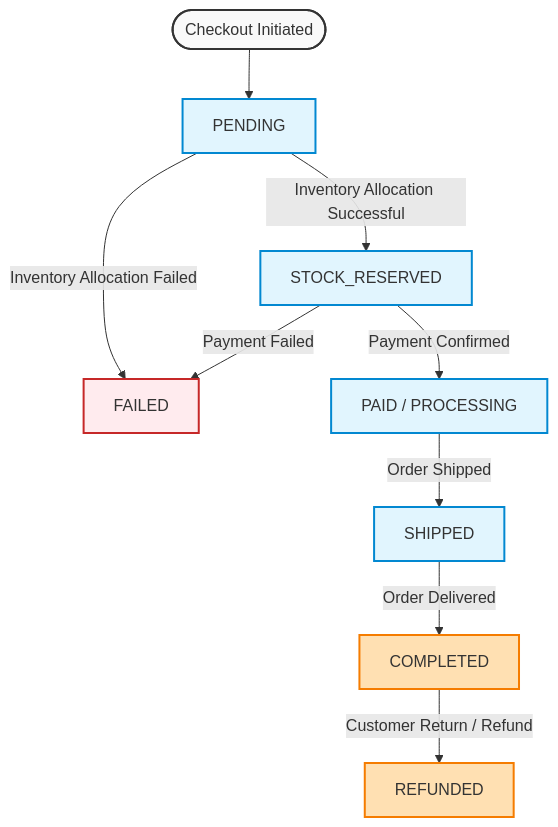
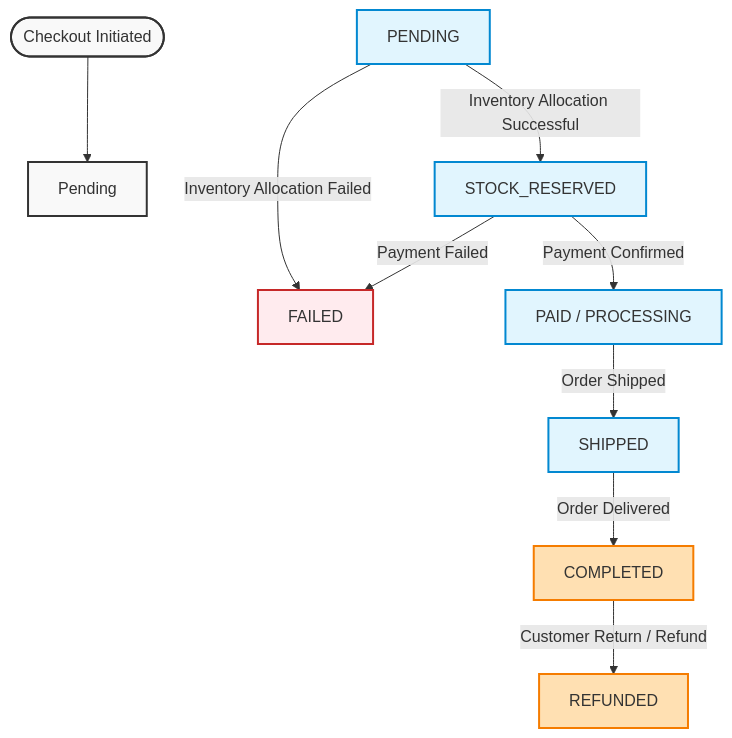
Before and after one commit to pwestlin/eshop: the diagram in README.md, drawn with Mermaid. The commit also changed other lines of this file, not shown here.

````diff
--- a/README.md
+++ b/README.md
@@ -8,26 +10,26 @@
 ```mermaid
 flowchart TD
     %% States
-    Start([Checkout Initiated]) --> PENDING[PENDING]
+    Start([Checkout Initiated]) --> Pending[Pending]
     
     PENDING -->|Inventory Allocation Successful| STOCK_RESERVED[STOCK_RESERVED]
     PENDING -->|Inventory Allocation Failed| FAILED[FAILED]
     
     STOCK_RESERVED -->|Payment Confirmed| PAID[PAID / PROCESSING]
     STOCK_RESERVED -->|Payment Failed| FAILED
     
     PAID -->|Order Shipped| SHIPPED[SHIPPED]
     SHIPPED -->|Order Delivered| COMPLETED[COMPLETED]
     
     COMPLETED -->|Customer Return / Refund| REFUNDED[REFUNDED]
 
     %% Styling
     classDef default fill:#f9f9f9,stroke:#333,stroke-width:2px;
     classDef status fill:#e1f5fe,stroke:#0288d1,stroke-width:2px;
     classDef final fill:#ffe0b2,stroke:#f57c00,stroke-width:2px;
     classDef error fill:#ffebee,stroke:#c62828,stroke-width:2px;
     
     class PENDING,STOCK_RESERVED,PAID,SHIPPED status;
     class COMPLETED,REFUNDED final;
     class FAILED error;
 ```
````
